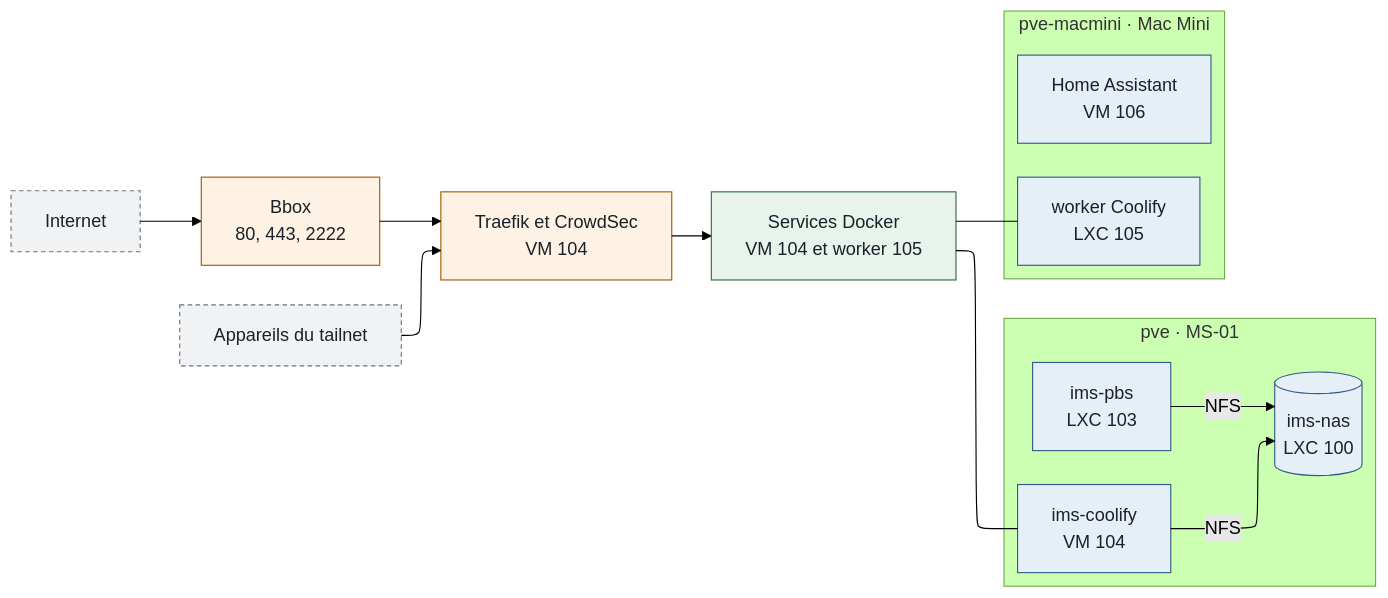
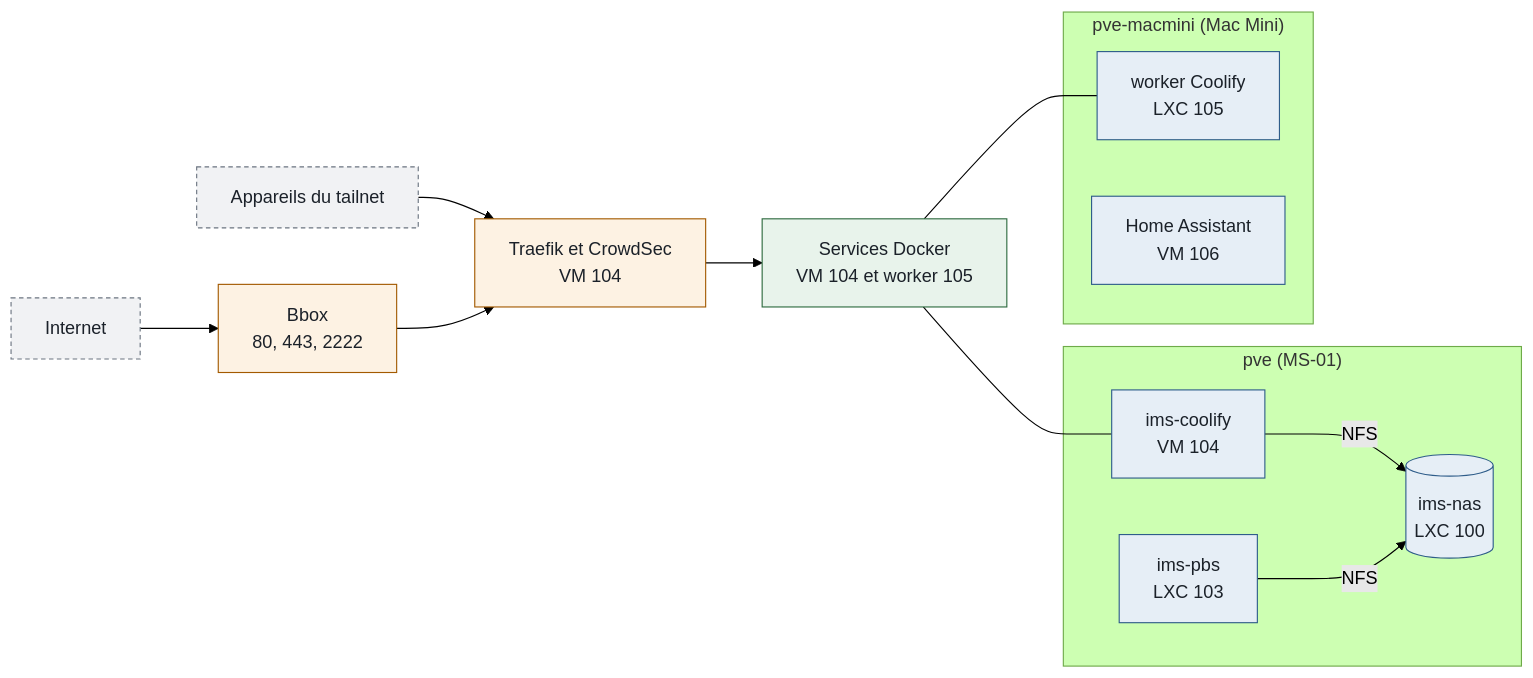
Before and after one commit to ims-world/docs: the diagram in index.md, drawn with Mermaid (forest theme). The commit also changed 7 other files, not shown here.

First line of the commit message:
docs: schemas sans ELK, depots Forgejo sur le NAS, noms tailnet, fiche VM 106

````diff
--- a/index.md
+++ b/index.md
@@ -20,29 +20,28 @@
 ```mermaid
-%%{init: {'flowchart': {'defaultRenderer': 'elk'}}}%%
 flowchart LR
   internet[Internet] --> bbox[Bbox<br/>80, 443, 2222]
   tailnet[Appareils du tailnet] --> traefik
   bbox --> traefik[Traefik et CrowdSec<br/>VM 104]
   traefik --> apps[Services Docker<br/>VM 104 et worker 105]
-  subgraph pve[pve · MS-01]
+  subgraph pve ["pve (MS-01)"]
     nas[(ims-nas<br/>LXC 100)]
     pbs[ims-pbs<br/>LXC 103]
     vm104[ims-coolify<br/>VM 104]
   end
-  subgraph macmini[pve-macmini · Mac Mini]
+  subgraph macmini ["pve-macmini (Mac Mini)"]
     worker[worker Coolify<br/>LXC 105]
     haos[Home Assistant<br/>VM 106]
   end
   apps --- vm104
   apps --- worker
   vm104 -->|NFS| nas
   pbs -->|NFS| nas
   class internet,tailnet externe
   class bbox,traefik reseau
   class apps service
   class nas,pbs,vm104,worker,haos hote
   classDef hote fill:#e6eef6,stroke:#2f5d8a,color:#1b2129
   classDef service fill:#e8f3eb,stroke:#2e6b3f,color:#1b2129
   classDef reseau fill:#fdf2e3,stroke:#a35a00,color:#1b2129
   classDef externe fill:#f1f2f4,stroke:#6b7480,color:#1b2129,stroke-dasharray:4 3
 ```
````
